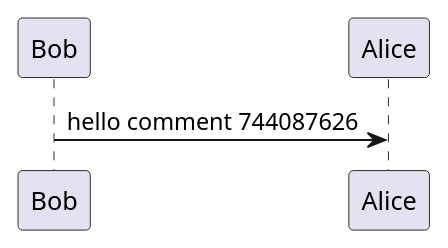
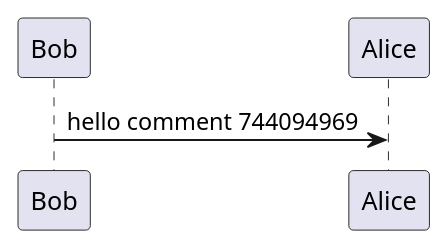
The diagram in examples/sequence.puml (holowinski/plantuml-github-action), drawn with PlantUML before and after one commit. The commit also changed 1 other file, not shown here.

Commit message:
Regenerated example diagram - new comment received

```diff
--- a/examples/sequence.puml
+++ b/examples/sequence.puml
@@ -1,3 +1,3 @@
 @startuml
-Bob->Alice : hello comment 744087626
+Bob->Alice : hello comment 744094969
 @enduml
```
